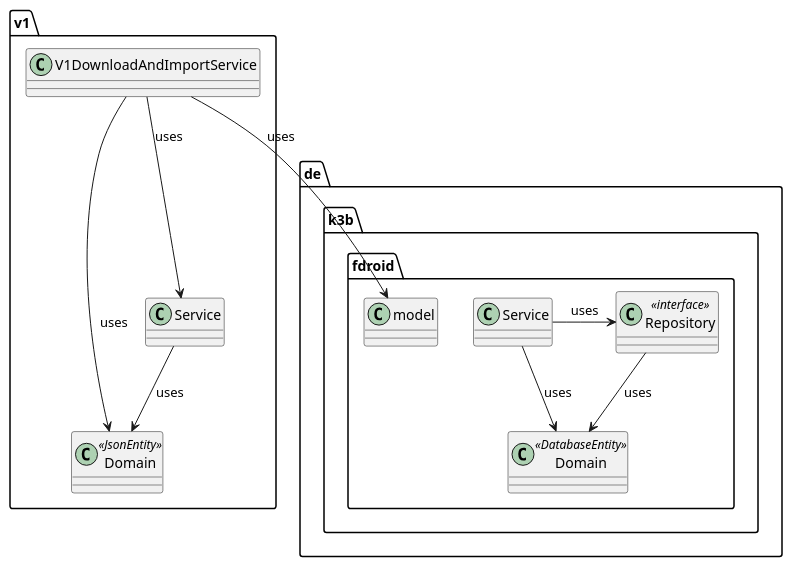
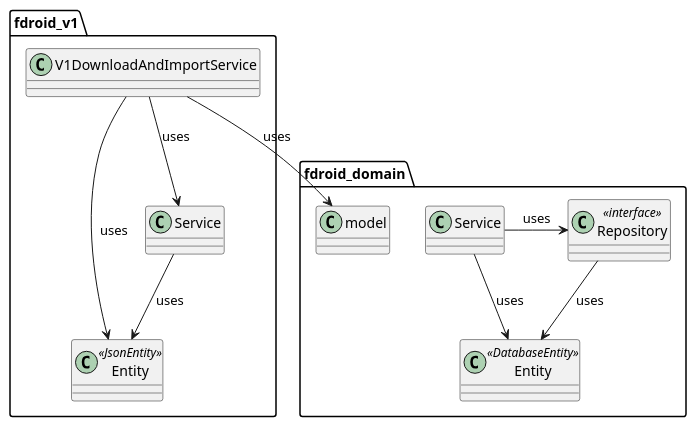
The diagram in app/fdroid-v1/v1-import.puml (k3b/F-Droid-Universal-Catalog), drawn with PlantUML before and after one commit. The commit also changed 300 other files, not shown here.

```diff
--- a/app/fdroid-v1/v1-import.puml
+++ b/app/fdroid-v1/v1-import.puml
@@ -1,21 +1,21 @@
 @startuml
-class v1.V1DownloadAndImportService
+class fdroid_v1.V1DownloadAndImportService
 
-class v1.Domain <<JsonEntity>>
-class v1.Service
+class fdroid_v1.Entity <<JsonEntity>>
+class fdroid_v1.Service
 
-v1.Service --> v1.Domain : uses
+fdroid_v1.Service --> fdroid_v1.Entity : uses
 
-v1.V1DownloadAndImportService --> v1.Service : uses
-v1.V1DownloadAndImportService --> v1.Domain : uses
+fdroid_v1.V1DownloadAndImportService --> fdroid_v1.Service : uses
+fdroid_v1.V1DownloadAndImportService --> fdroid_v1.Entity : uses
 
-v1.V1DownloadAndImportService --> de.k3b.fdroid.model : uses
+fdroid_v1.V1DownloadAndImportService --> fdroid_domain.model : uses
 
-class de.k3b.fdroid.Repository <<interface>>
-class de.k3b.fdroid.Domain <<DatabaseEntity>>
-class de.k3b.fdroid.Service
+class fdroid_domain.Repository <<interface>>
+class fdroid_domain.Entity <<DatabaseEntity>>
+class fdroid_domain.Service
 
-de.k3b.fdroid.Service --> de.k3b.fdroid.Domain : uses
-de.k3b.fdroid.Service -> de.k3b.fdroid.Repository : uses
-de.k3b.fdroid.Repository --> de.k3b.fdroid.Domain : uses
+fdroid_domain.Service --> fdroid_domain.Entity : uses
+fdroid_domain.Service -> fdroid_domain.Repository : uses
+fdroid_domain.Repository --> fdroid_domain.Entity : uses
 @enduml
```
